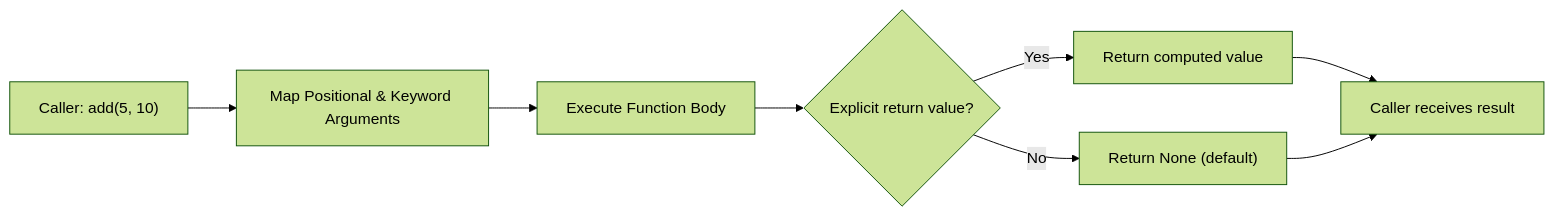
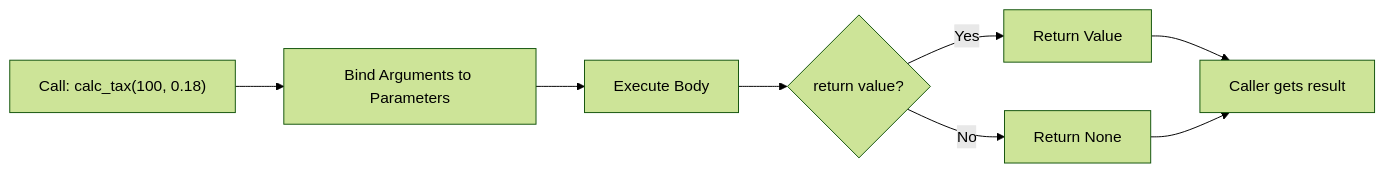
One commit to spant671-ux/Learning-Python changed the fourth of 5 diagrams in NOTES.md. Above: the diagram before and after it, drawn with Mermaid (forest theme). The commit also changed other lines of this file, not shown here.

````diff
--- a/NOTES.md
+++ b/NOTES.md
@@ -191,10 +194,10 @@
 ```mermaid
 graph LR
-    Caller["Caller: add(5, 10)"] --> MapArgs["Map Positional & Keyword Arguments"]
-    MapArgs --> Body["Execute Function Body"]
-    Body --> ReturnCheck{"Explicit return value?"}
-    ReturnCheck -- "Yes" --> SendValue["Return computed value"]
-    ReturnCheck -- "No" --> SendNone["Return None (default)"]
-    SendValue --> Receiver["Caller receives result"]
-    SendNone --> Receiver
+    Call["Call: calc_tax(100, 0.18)"] --> Params["Bind Arguments to Parameters"]
+    Params --> Logic["Execute Body"]
+    Logic --> Ret{"return value?"}
+    Ret -- "Yes" --> Val["Return Value"]
+    Ret -- "No" --> NoneVal["Return None"]
+    Val --> Caller["Caller gets result"]
+    NoneVal --> Caller
 ```
````
